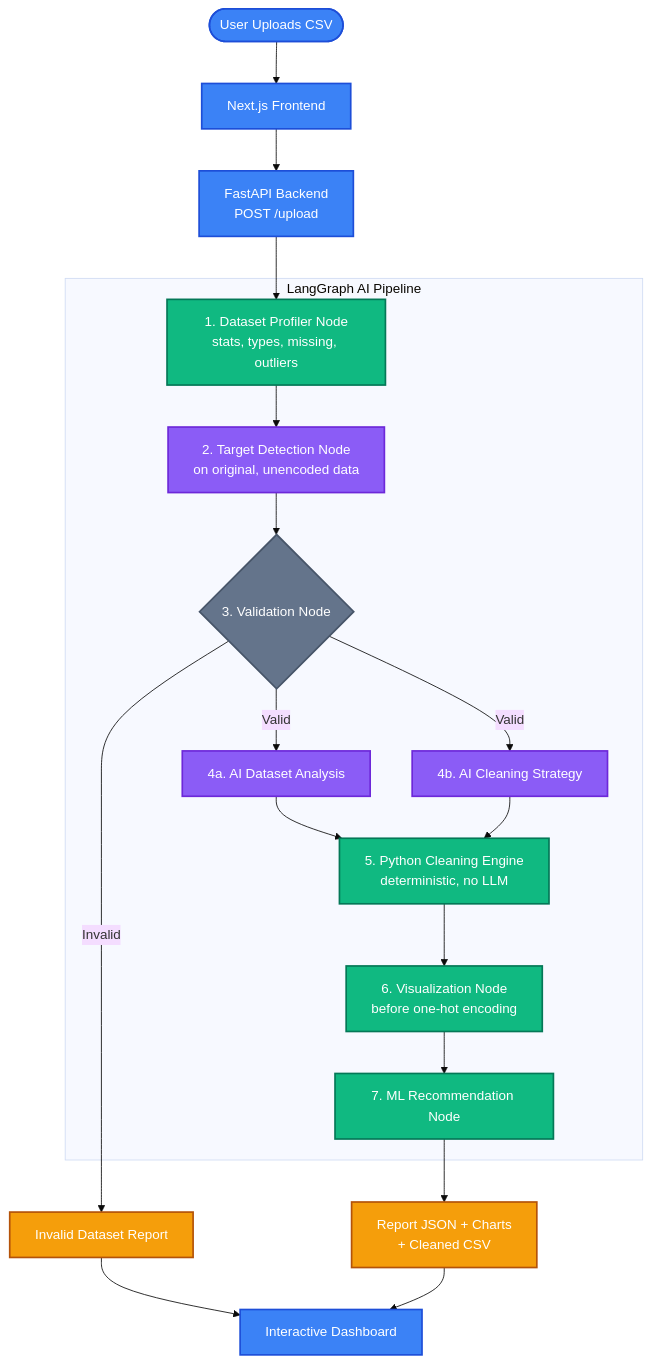
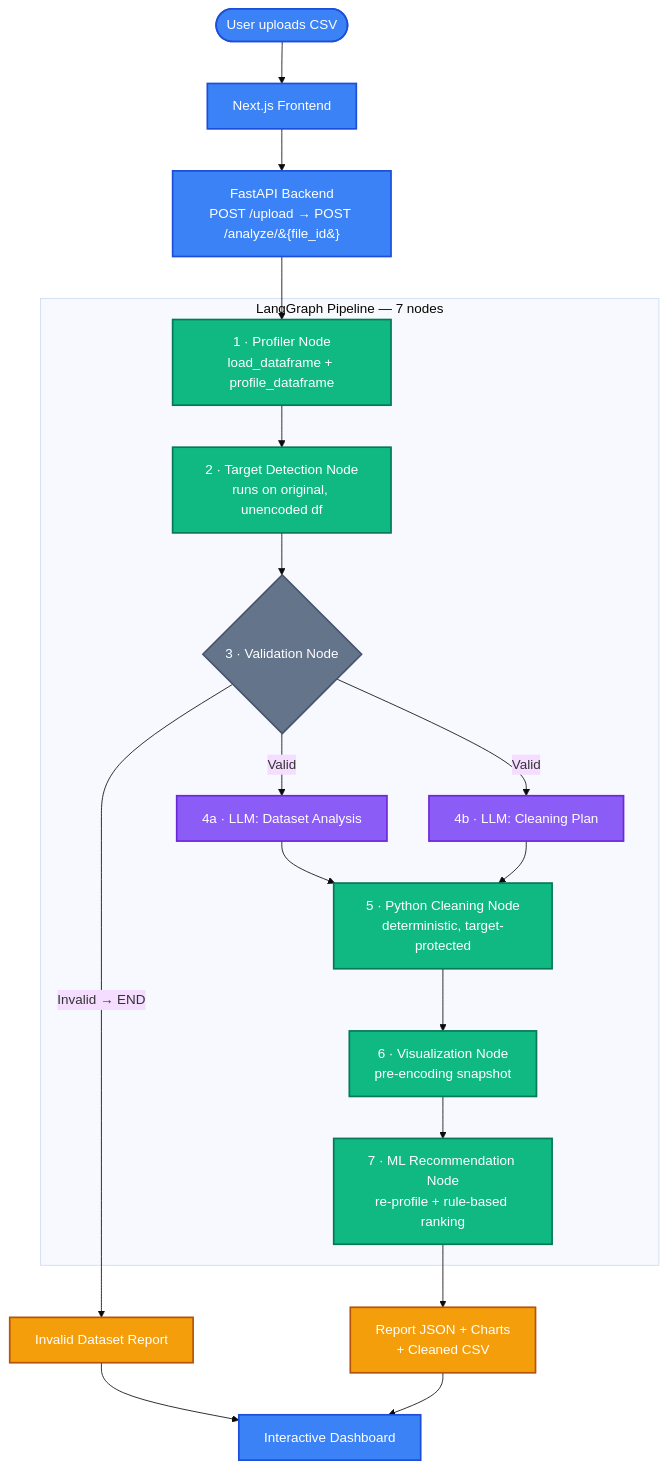
One commit to AaryaMakthala/DATA-AGENT changed the first of 2 diagrams in README.md. Above: the diagram before and after it, drawn with Mermaid (base theme). The commit also changed other lines of this file, not shown here.

````diff
--- a/README.md
+++ b/README.md
@@ -69,36 +74,36 @@
 ```mermaid
 graph TD
     classDef client fill:#3b82f6,stroke:#1d4ed8,stroke-width:2px,color:#fff;
     classDef aiNode fill:#8b5cf6,stroke:#6d28d9,stroke-width:2px,color:#fff;
     classDef pyNode fill:#10b981,stroke:#047857,stroke-width:2px,color:#fff;
     classDef decision fill:#64748b,stroke:#475569,stroke-width:2px,color:#fff;
     classDef output fill:#f59e0b,stroke:#b45309,stroke-width:2px,color:#fff;
 
-    User(["User Uploads CSV"]):::client
+    User(["User uploads CSV"]):::client
     Frontend["Next.js Frontend"]:::client
-    API["FastAPI Backend<br/>POST /upload"]:::client
+    API["FastAPI Backend<br/>POST /upload → POST /analyze/&#123;file_id&#125;"]:::client
 
-    subgraph LG [LangGraph AI Pipeline]
-        Profiler["1. Dataset Profiler Node<br/>stats, types, missing, outliers"]:::pyNode
-        TargetDetect["2. Target Detection Node<br/>on original, unencoded data"]:::aiNode
-        Validate{"3. Validation Node"}:::decision
-        LLMAnalysis["4a. AI Dataset Analysis"]:::aiNode
-        LLMClean["4b. AI Cleaning Strategy"]:::aiNode
-        Cleaner["5. Python Cleaning Engine<br/>deterministic, no LLM"]:::pyNode
-        Viz["6. Visualization Node<br/>before one-hot encoding"]:::pyNode
-        MLRec["7. ML Recommendation Node"]:::pyNode
+    subgraph LG [LangGraph Pipeline — 7 nodes]
+        Profiler["1 · Profiler Node<br/>load_dataframe + profile_dataframe"]:::pyNode
+        TargetDetect["2 · Target Detection Node<br/>runs on original, unencoded df"]:::pyNode
+        Validate{"3 · Validation Node"}:::decision
+        LLMAnalysis["4a · LLM: Dataset Analysis"]:::aiNode
+        LLMClean["4b · LLM: Cleaning Plan"]:::aiNode
+        Cleaner["5 · Python Cleaning Node<br/>deterministic, target-protected"]:::pyNode
+        Viz["6 · Visualization Node<br/>pre-encoding snapshot"]:::pyNode
+        MLRec["7 · ML Recommendation Node<br/>re-profile + rule-based ranking"]:::pyNode
     end
 
     Invalid["Invalid Dataset Report"]:::output
     Report["Report JSON + Charts<br/>+ Cleaned CSV"]:::output
     Dashboard["Interactive Dashboard"]:::client
 
     User --> Frontend --> API --> Profiler
     Profiler --> TargetDetect --> Validate
-    Validate -- "Invalid" --> Invalid --> Dashboard
+    Validate -- "Invalid → END" --> Invalid --> Dashboard
     Validate -- "Valid" --> LLMAnalysis
     Validate -- "Valid" --> LLMClean
     LLMAnalysis --> Cleaner
     LLMClean --> Cleaner
     Cleaner --> Viz --> MLRec --> Report --> Dashboard
 ```
````
